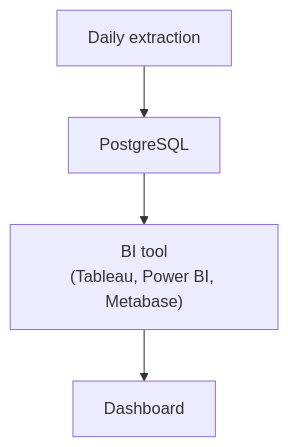
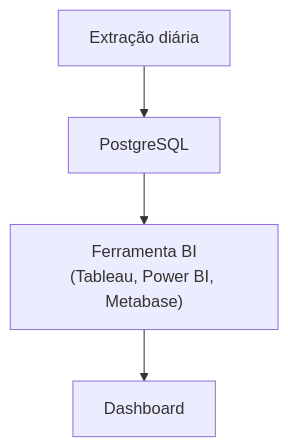
Before and after one commit to Quantilica/docs: the seventh of 9 diagrams in docs/architecture/overview.md, drawn with Mermaid. The commit also changed other lines of this file and 31 other files, not shown here.

````diff
--- a/docs/architecture/overview.md
+++ b/docs/architecture/overview.md
@@ -308,6 +308,6 @@
 ```mermaid
 graph TD
-    A["Daily extraction"] --> B["PostgreSQL"]
-    B --> C["BI tool<br/>(Tableau, Power BI, Metabase)"]
+    A["Extração diária"] --> B["PostgreSQL"]
+    B --> C["Ferramenta BI<br/>(Tableau, Power BI, Metabase)"]
     C --> D["Dashboard"]
 ```
````
